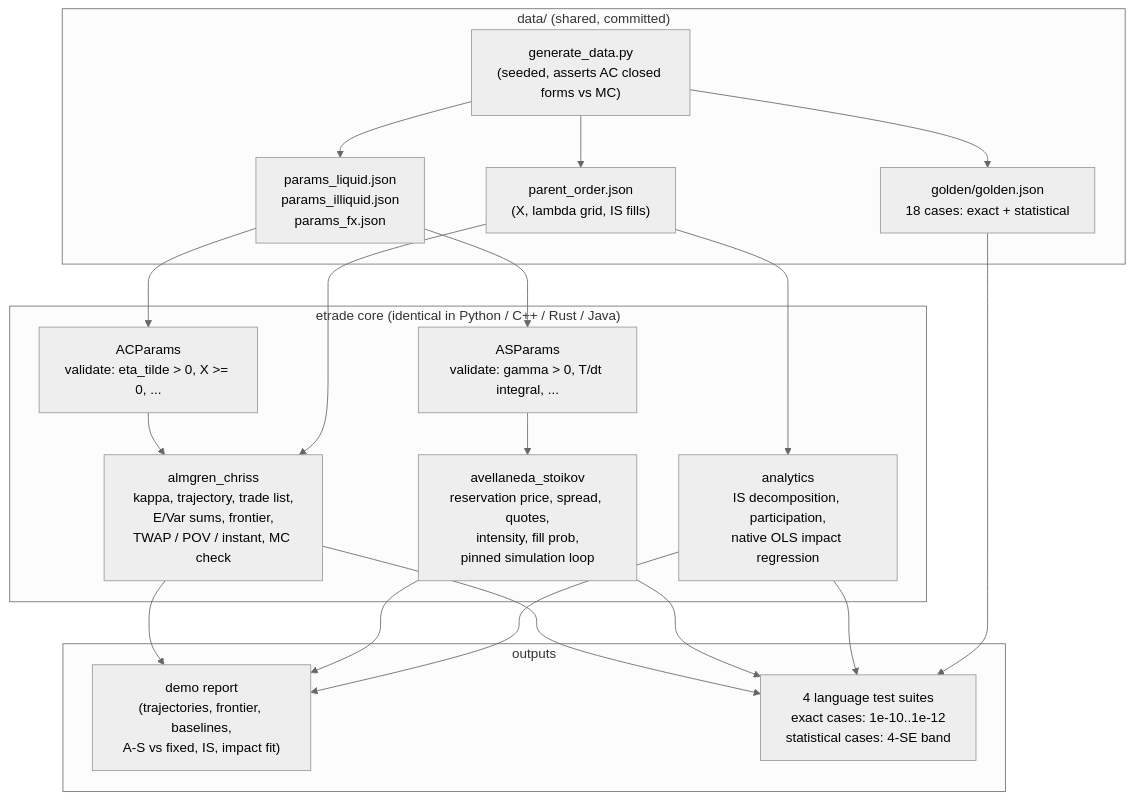
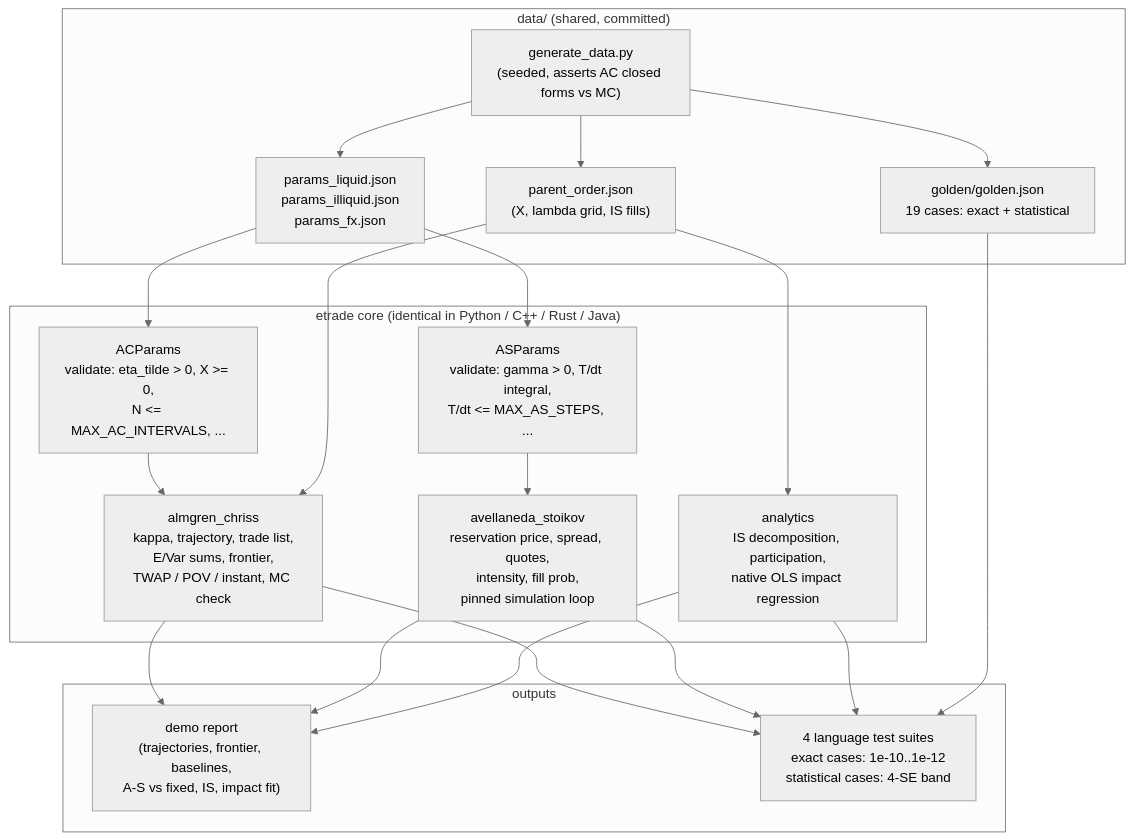
The first of 3 diagrams in docs/ARCHITECTURE.md (AshJha0/electronic-trading), drawn with Mermaid (neutral theme) before and after one commit. The commit also changed other lines of this file and 55 other files, not shown here.

````diff
--- a/docs/ARCHITECTURE.md
+++ b/docs/ARCHITECTURE.md
@@ -26,40 +31,40 @@
 ```mermaid
 flowchart TB
     subgraph DATA["data/ (shared, committed)"]
         PJ["params_liquid.json<br/>params_illiquid.json<br/>params_fx.json"]
         PO["parent_order.json<br/>(X, lambda grid, IS fills)"]
         GEN["generate_data.py<br/>(seeded, asserts AC closed forms vs MC)"]
-        GOLD["golden/golden.json<br/>18 cases: exact + statistical"]
+        GOLD["golden/golden.json<br/>19 cases: exact + statistical"]
         GEN --> PJ
         GEN --> PO
         GEN --> GOLD
     end
 
     subgraph CORE["etrade core (identical in Python / C++ / Rust / Java)"]
-        ACP["ACParams<br/>validate: eta_tilde > 0, X >= 0, ..."]
+        ACP["ACParams<br/>validate: eta_tilde > 0, X >= 0,<br/>N <= MAX_AC_INTERVALS, ..."]
         AC["almgren_chriss<br/>kappa, trajectory, trade list,<br/>E/Var sums, frontier,<br/>TWAP / POV / instant, MC check"]
-        ASP["ASParams<br/>validate: gamma > 0, T/dt integral, ..."]
+        ASP["ASParams<br/>validate: gamma > 0, T/dt integral,<br/>T/dt <= MAX_AS_STEPS, ..."]
         AS["avellaneda_stoikov<br/>reservation price, spread, quotes,<br/>intensity, fill prob,<br/>pinned simulation loop"]
         AN["analytics<br/>IS decomposition, participation,<br/>native OLS impact regression"]
         ACP --> AC
         ASP --> AS
     end
 
     PJ --> ACP
     PJ --> ASP
     PO --> AC
     PO --> AN
 
     subgraph OUT["outputs"]
         DEMO["demo report<br/>(trajectories, frontier, baselines,<br/>A-S vs fixed, IS, impact fit)"]
         TESTS["4 language test suites<br/>exact cases: 1e-10..1e-12<br/>statistical cases: 4-SE band"]
     end
 
     AC --> DEMO
     AS --> DEMO
     AN --> DEMO
     AC --> TESTS
     AS --> TESTS
     AN --> TESTS
     GOLD --> TESTS
 ```
````
